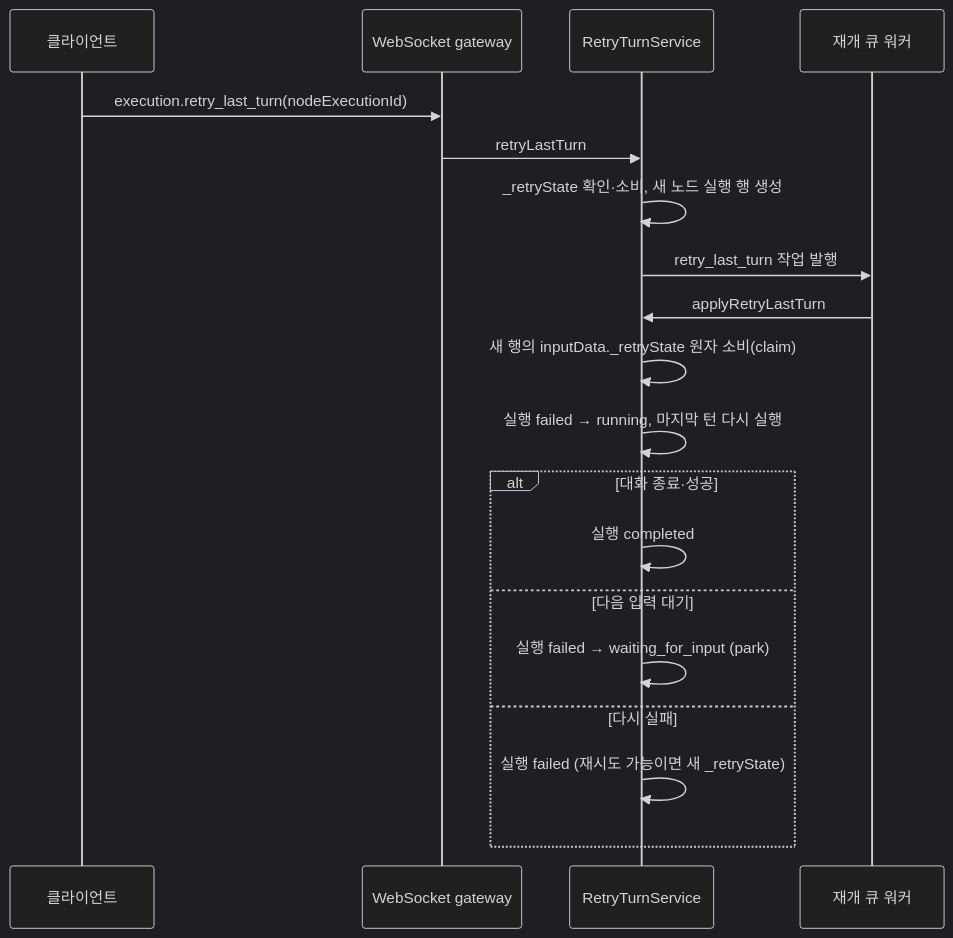
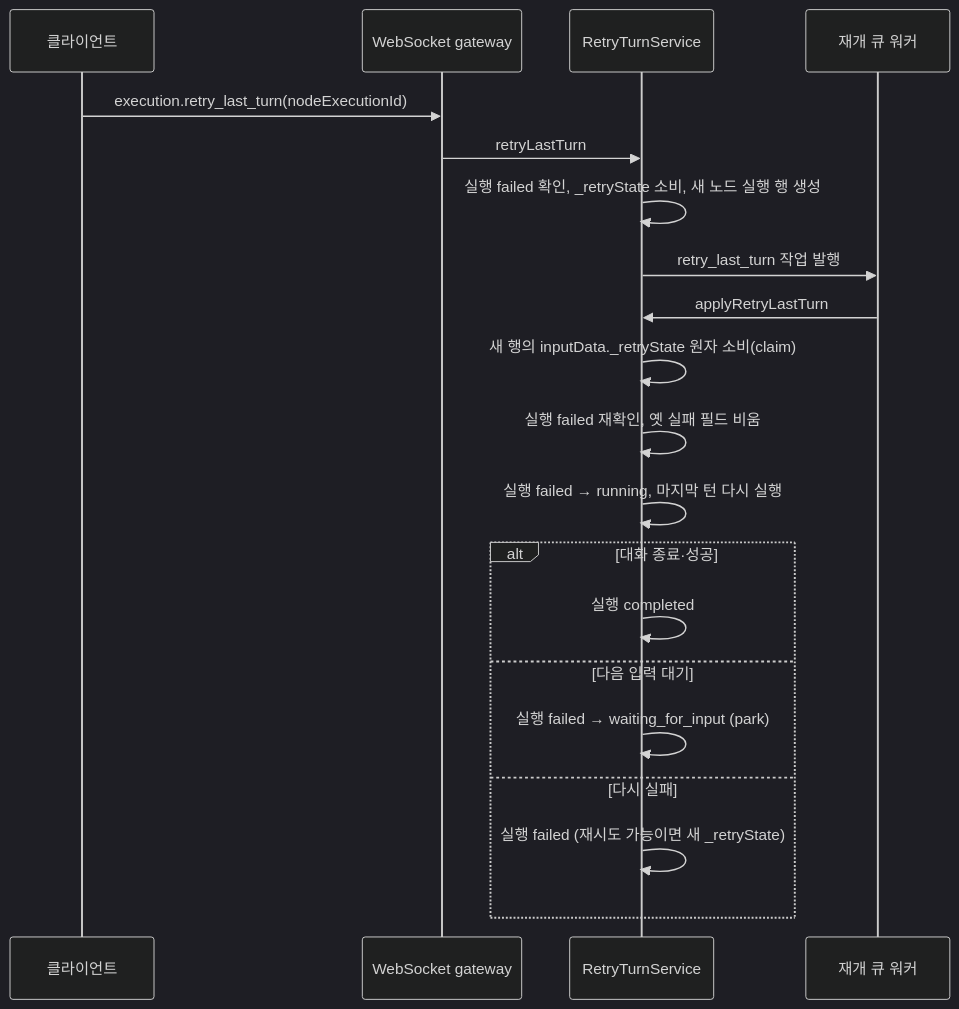
The fifth of 5 diagrams in spec/CLE-EXEC/CLE-EXEC-STATE.md (worker-ants/clemvion), drawn with Mermaid (dark theme) before and after one commit. The commit also changed other lines of this file and 8 other files, not shown here.

````diff
--- a/spec/CLE-EXEC/CLE-EXEC-STATE.md
+++ b/spec/CLE-EXEC/CLE-EXEC-STATE.md
@@ -255,21 +255,22 @@
 ```mermaid
 sequenceDiagram
   participant C as 클라이언트
   participant G as WebSocket gateway
   participant R as RetryTurnService
   participant Q as 재개 큐 워커
   C->>G: execution.retry_last_turn(nodeExecutionId)
   G->>R: retryLastTurn
-  R->>R: _retryState 확인·소비, 새 노드 실행 행 생성
+  R->>R: 실행 failed 확인, _retryState 소비, 새 노드 실행 행 생성
   R->>Q: retry_last_turn 작업 발행
   Q->>R: applyRetryLastTurn
   R->>R: 새 행의 inputData._retryState 원자 소비(claim)
+  R->>R: 실행 failed 재확인, 옛 실패 필드 비움
   R->>R: 실행 failed → running, 마지막 턴 다시 실행
   alt 대화 종료·성공
     R->>R: 실행 completed
   else 다음 입력 대기
     R->>R: 실행 failed → waiting_for_input (park)
   else 다시 실패
     R->>R: 실행 failed (재시도 가능이면 새 _retryState)
   end
 ```
````
